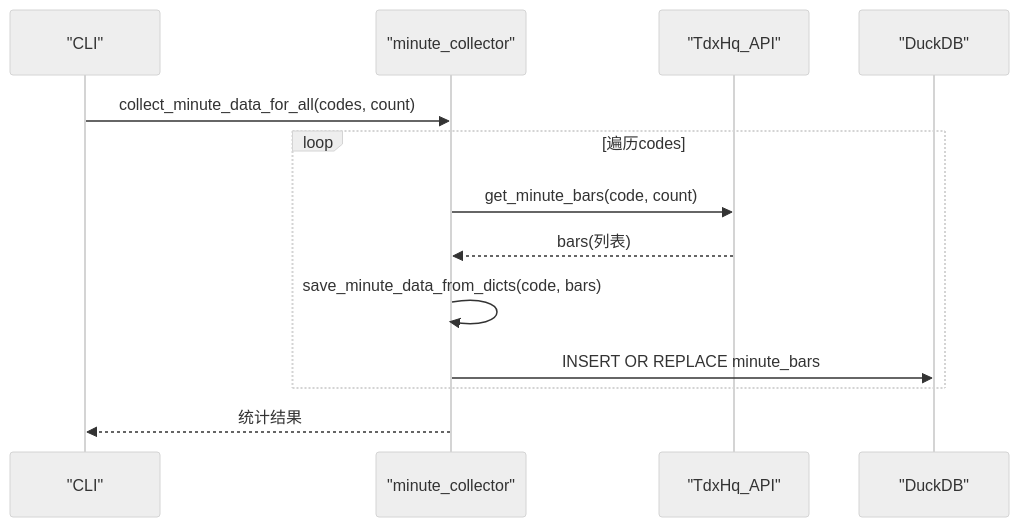
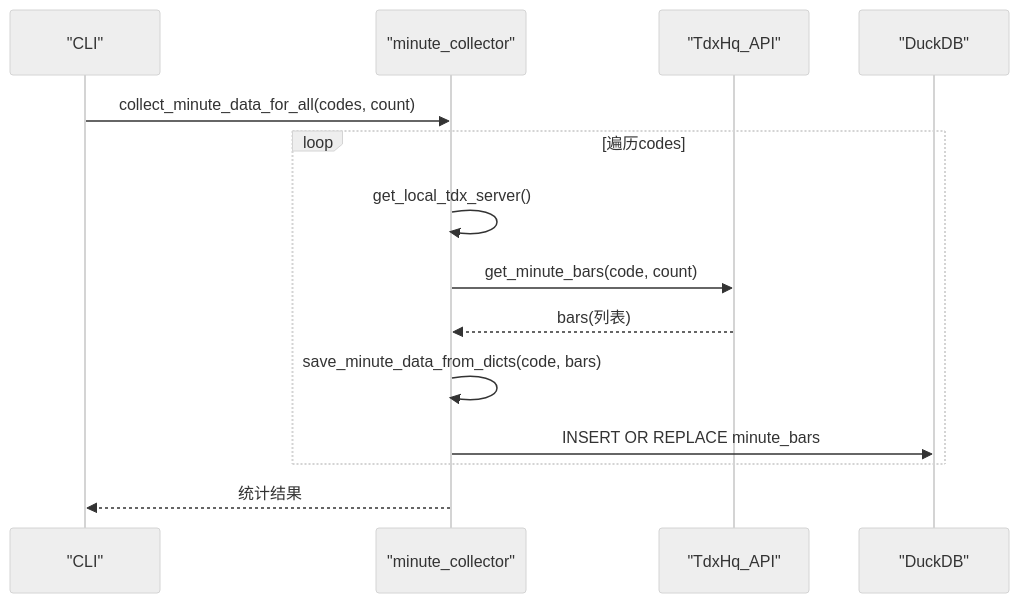
Before and after one commit to ldeng76/quant-ETF: the fifth of 11 diagrams in .qoder/repowiki/zh/content/数据处理系统/数据处理系统.md, drawn with Mermaid (neutral theme). The commit also changed other lines of this file and 12 other files, not shown here.

````diff
--- a/.qoder/repowiki/zh/content/数据处理系统/数据处理系统.md
+++ b/.qoder/repowiki/zh/content/数据处理系统/数据处理系统.md
@@ -258,15 +347,16 @@
 ```mermaid
 sequenceDiagram
 participant CLI as "CLI"
 participant MC as "minute_collector"
 participant API as "TdxHq_API"
 participant DB as "DuckDB"
 CLI->>MC : collect_minute_data_for_all(codes, count)
 loop 遍历codes
+MC->>MC : get_local_tdx_server()
 MC->>API : get_minute_bars(code, count)
 API-->>MC : bars(列表)
 MC->>MC : save_minute_data_from_dicts(code, bars)
 MC->>DB : INSERT OR REPLACE minute_bars
 end
 MC-->>CLI : 统计结果
 ```
````
